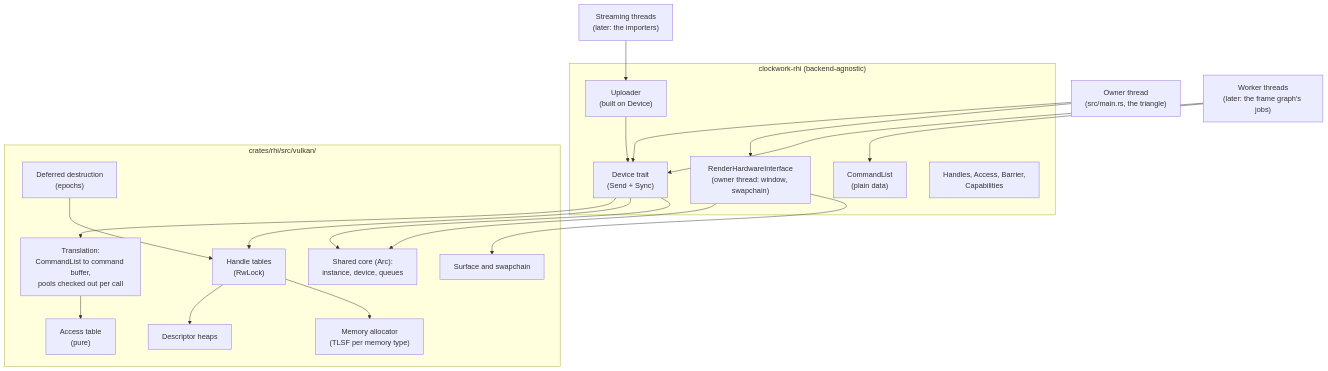
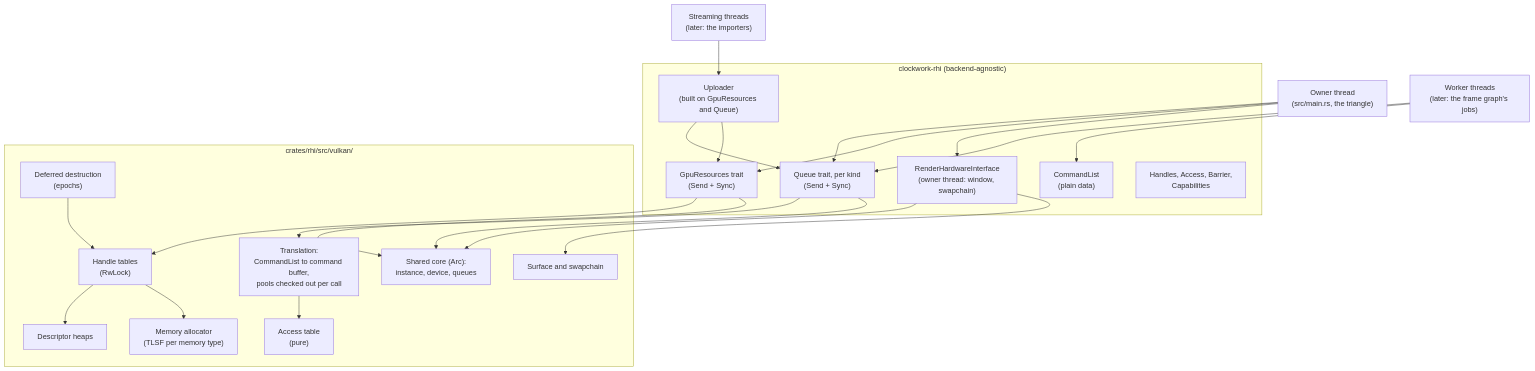
The diagram in docs/design/0002-rhi.md (r-potter/clockwork), drawn with Mermaid before and after one commit. The commit also changed other lines of this file, not shown here.

````diff
--- a/docs/design/0002-rhi.md
+++ b/docs/design/0002-rhi.md
@@ -87,38 +87,42 @@
 ```mermaid
 flowchart TD
     main["Owner thread<br/>(src/main.rs, the triangle)"]
     workers["Worker threads<br/>(later: the frame graph's jobs)"]
     loader["Streaming threads<br/>(later: the importers)"]
     subgraph rhi["clockwork-rhi (backend-agnostic)"]
         rhitrait["RenderHardwareInterface<br/>(owner thread: window, swapchain)"]
-        device["Device trait<br/>(Send + Sync)"]
+        resources["GpuResources trait<br/>(Send + Sync)"]
+        queue["Queue trait, per kind<br/>(Send + Sync)"]
         list["CommandList<br/>(plain data)"]
-        uploader["Uploader<br/>(built on Device)"]
+        uploader["Uploader<br/>(built on GpuResources and Queue)"]
         access["Handles, Access, Barrier,<br/>Capabilities"]
     end
     subgraph vk["crates/rhi/src/vulkan/"]
         core["Shared core (Arc):<br/>instance, device, queues"]
         table["Handle tables<br/>(RwLock)"]
         alloc["Memory allocator<br/>(TLSF per memory type)"]
         heaps["Descriptor heaps"]
         translate["Translation:<br/>CommandList to command buffer,<br/>pools checked out per call"]
         synctable["Access table<br/>(pure)"]
         deferred["Deferred destruction<br/>(epochs)"]
         swapchain["Surface and swapchain"]
     end
     main --> rhitrait
-    main --> device
+    main --> resources
+    main --> queue
     workers --> list
-    workers --> device
+    workers --> queue
     loader --> uploader
-    uploader --> device
+    uploader --> resources
+    uploader --> queue
     rhitrait --> swapchain
     rhitrait --> core
-    device --> core
-    device --> table
-    device --> translate
+    resources --> core
+    resources --> table
+    queue --> core
+    queue --> translate
     translate --> synctable
     table --> alloc
     table --> heaps
     deferred --> table
 ```
````
